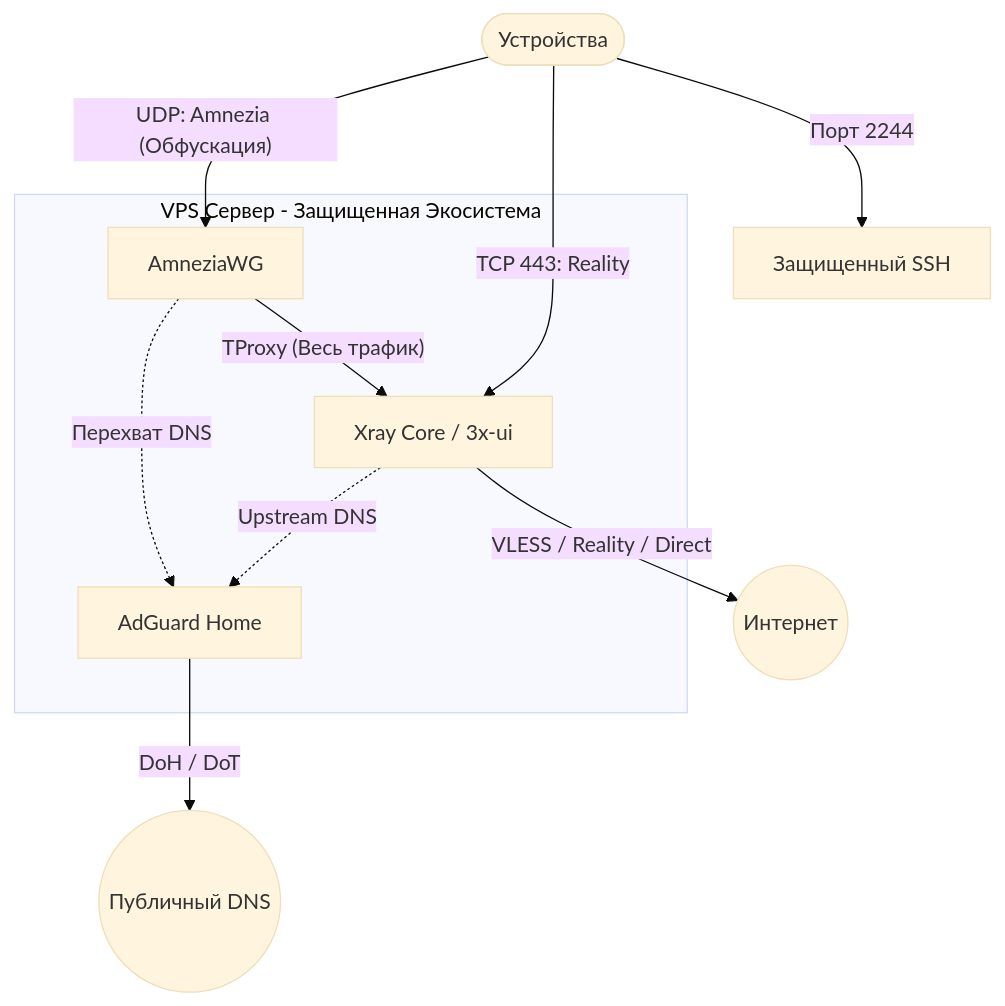
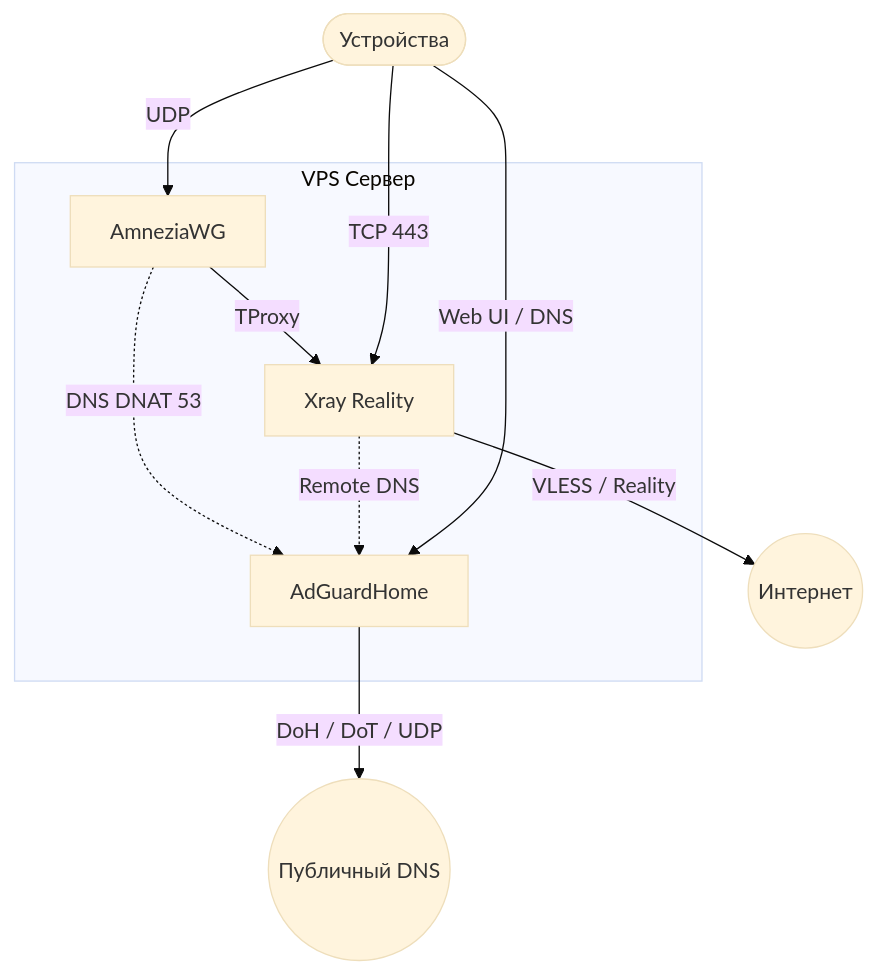
Before and after one commit to SpIvanM/3x-awg-adg-bundle: the first of 2 diagrams in readme.md, drawn with Mermaid (base theme). The commit also changed other lines of this file and 5 other files, not shown here.

Commit message:
refactor: remove legacy 3x-ui dependencies and update regression tests to enforce Xray Reality configuration standards

````diff
--- a/readme.md
+++ b/readme.md
@@ -25,21 +28,21 @@
 ```mermaid
 graph TD
     User([Устройства])
-    
-    subgraph VPS [VPS Сервер - Защищенная Экосистема]
+
+    subgraph VPS [VPS Сервер]
         AWG[AmneziaWG]
-        XR[Xray Core / 3x-ui]
-        AGH[AdGuard Home]
-        
-        AWG -->|"TProxy (Весь трафик)"| XR
-        AWG -.->|"Перехват DNS"| AGH
-        XR -.->|"Upstream DNS"| AGH
+        XR[Xray Reality]
+        AGH[AdGuardHome]
+
+        AWG -->|TProxy| XR
+        AWG -.->|DNS DNAT 53| AGH
+        XR -.->|Remote DNS| AGH
     end
 
-    XR -->|"VLESS / Reality / Direct"| Net((Интернет))
-    AGH -->|"DoH / DoT"| DNS((Публичный DNS))
+    XR -->|VLESS / Reality| Net((Интернет))
+    AGH -->|DoH / DoT / UDP| DNS((Публичный DNS))
 
-    User -->|"UDP: Amnezia (Обфускация)"| AWG
-    User -->|"TCP 443: Reality"| XR
-    User -->|"Порт 2244"| SSH[Защищенный SSH]
+    User -->|UDP| AWG
+    User -->|TCP 443| XR
+    User -->|Web UI / DNS| AGH
 ```
````
